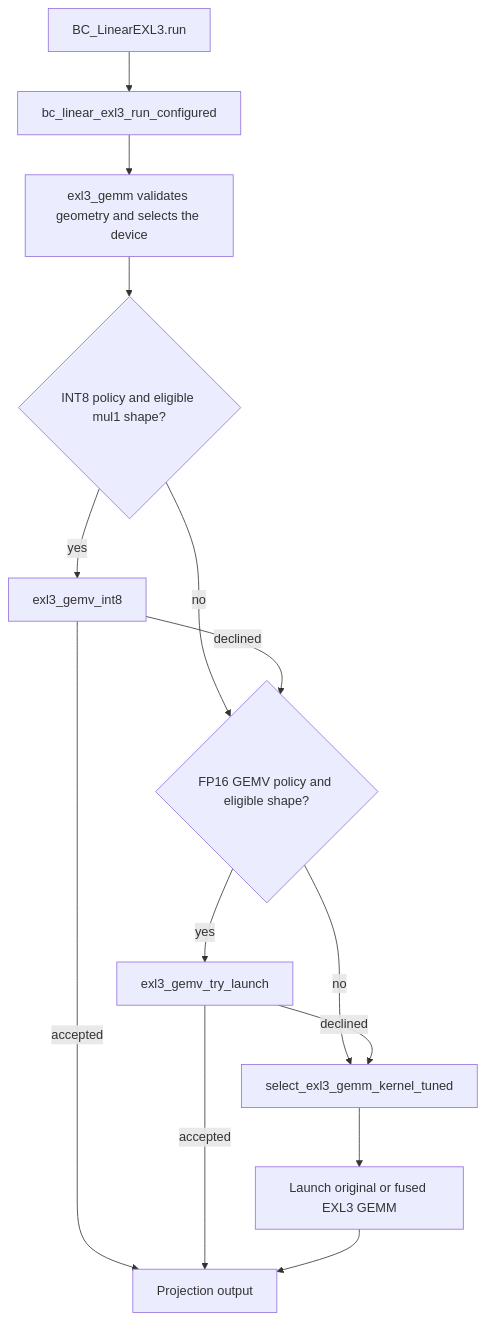
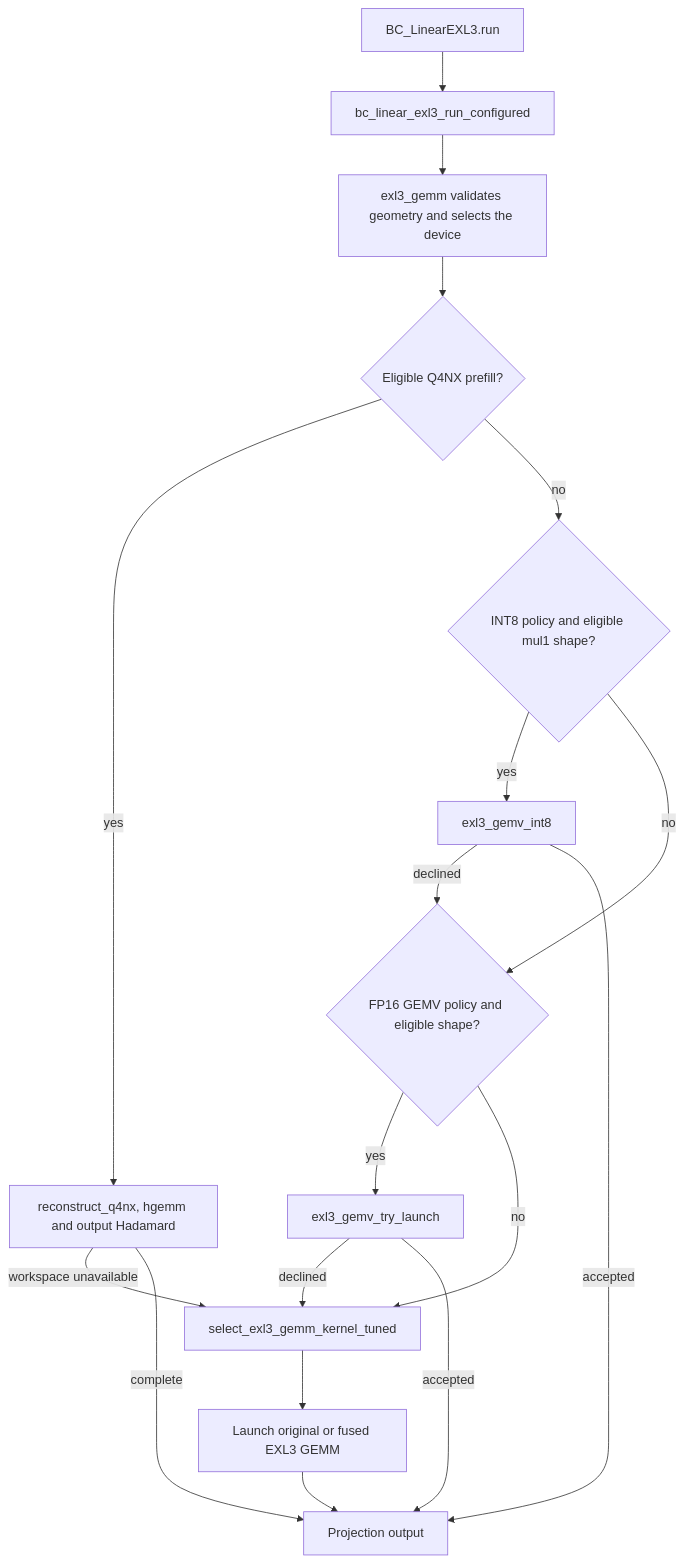
One commit to ModelCloud/GPTQModel changed the second of 2 diagrams in docs/exl3-native-decode.md. Above: the diagram before and after it, drawn with Mermaid. The commit also changed other lines of this file and 9 other files, not shown here.

````diff
--- a/docs/exl3-native-decode.md
+++ b/docs/exl3-native-decode.md
@@ -117,16 +135,20 @@
 ```mermaid
 flowchart TD
     A["BC_LinearEXL3.run"] --> B["bc_linear_exl3_run_configured"]
     B --> C["exl3_gemm validates geometry and selects the device"]
-    C --> D{"INT8 policy and eligible mul1 shape?"}
+    C --> Q{"Eligible Q4NX prefill?"}
+    Q -->|yes| W["reconstruct_q4nx, hgemm and output Hadamard"]
+    Q -->|no| D{"INT8 policy and eligible mul1 shape?"}
+    W -->|workspace unavailable| H["select_exl3_gemm_kernel_tuned"]
+    W -->|complete| J["Projection output"]
     D -->|yes| E["exl3_gemv_int8"]
     D -->|no| F{"FP16 GEMV policy and eligible shape?"}
     E -->|declined| F
     F -->|yes| G["exl3_gemv_try_launch"]
-    F -->|no| H["select_exl3_gemm_kernel_tuned"]
+    F -->|no| H
     G -->|declined| H
     H --> I["Launch original or fused EXL3 GEMM"]
     E -->|accepted| J["Projection output"]
     G -->|accepted| J
     I --> J
 ```
````
